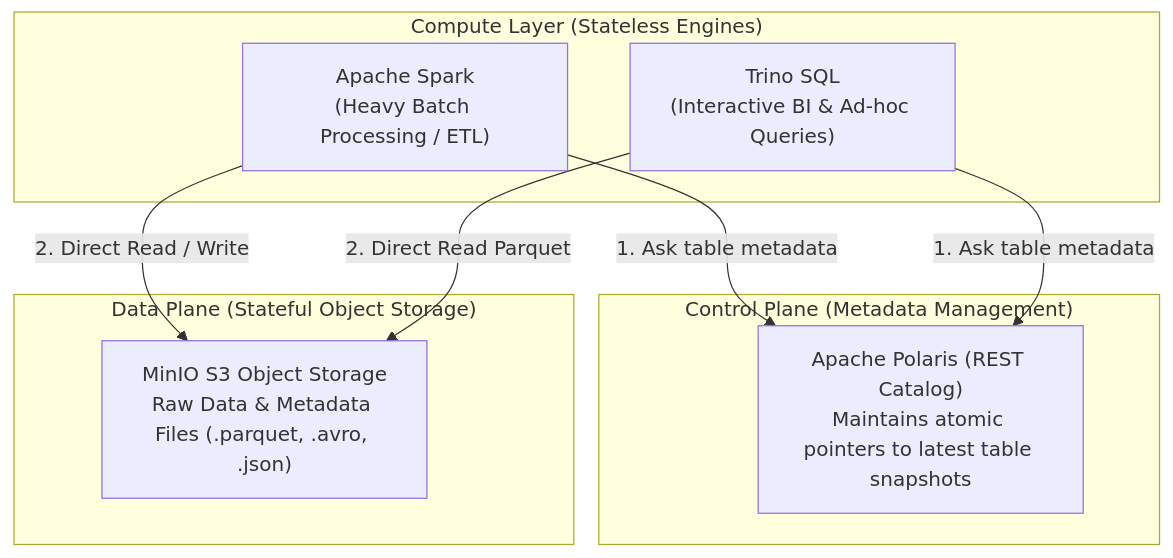
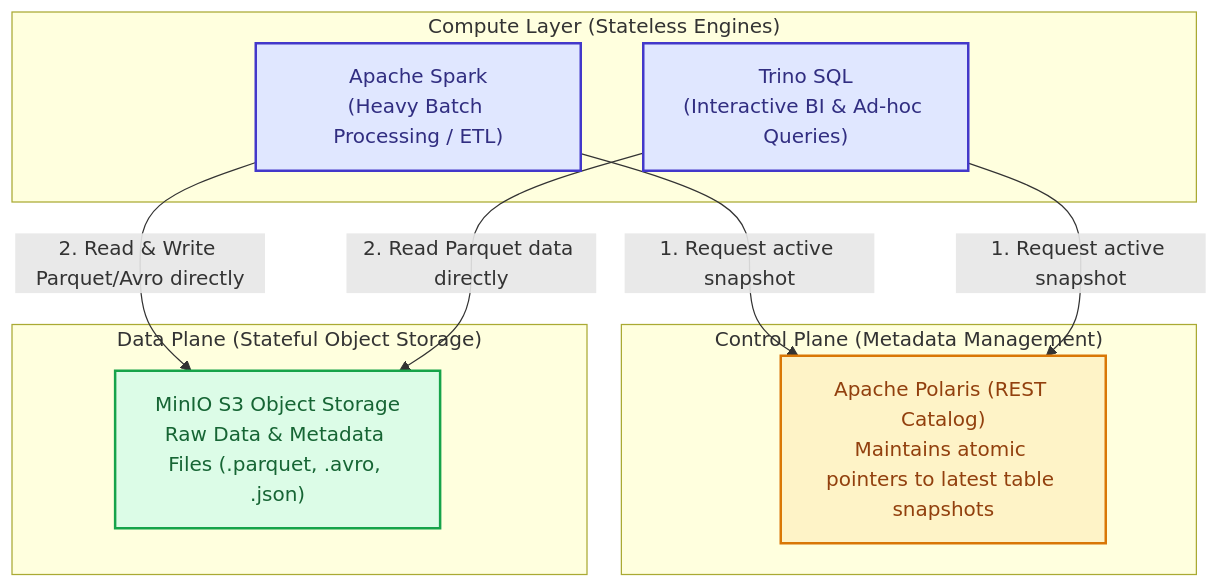
The third of 6 diagrams in docs/week01/01-data-lakehouse.md (vuanhtu1993/olist-lakehouse), drawn with Mermaid before and after one commit. The commit also changed other lines of this file, not shown here.

Commit message:
docs: Refactor 01-data-lakehouse

````diff
--- a/docs/week01/01-data-lakehouse.md
+++ b/docs/week01/01-data-lakehouse.md
@@ -82,20 +106,28 @@
 ```mermaid
 flowchart TD
     subgraph ComputeLayer ["Compute Layer (Stateless Engines)"]
         Spark["Apache Spark<br/>(Heavy Batch Processing / ETL)"]
         Trino["Trino SQL<br/>(Interactive BI & Ad-hoc Queries)"]
     end
 
     subgraph CatalogLayer ["Control Plane (Metadata Management)"]
         Polaris["Apache Polaris (REST Catalog)<br/>Maintains atomic pointers to latest table snapshots"]
     end
 
     subgraph StorageLayer ["Data Plane (Stateful Object Storage)"]
         MinIO["MinIO S3 Object Storage<br/>Raw Data & Metadata Files (.parquet, .avro, .json)"]
     end
 
-    Spark -->|1. Ask table metadata| Polaris
-    Trino -->|1. Ask table metadata| Polaris
-    Spark -->|2. Direct Read / Write| MinIO
-    Trino -->|2. Direct Read Parquet| MinIO
+    Spark -->|"1. Request active snapshot"| Polaris
+    Trino -->|"1. Request active snapshot"| Polaris
+    Spark -->|"2. Read & Write Parquet/Avro directly"| MinIO
+    Trino -->|"2. Read Parquet data directly"| MinIO
+
+    classDef computeStyle fill:#e0e7ff,stroke:#4338ca,stroke-width:2px,color:#312e81;
+    classDef catalogStyle fill:#fef3c7,stroke:#d97706,stroke-width:2px,color:#92400e;
+    classDef storageStyle fill:#dcfce7,stroke:#16a34a,stroke-width:2px,color:#166534;
+
+    class Spark,Trino computeStyle;
+    class Polaris catalogStyle;
+    class MinIO storageStyle;
 ```
````
